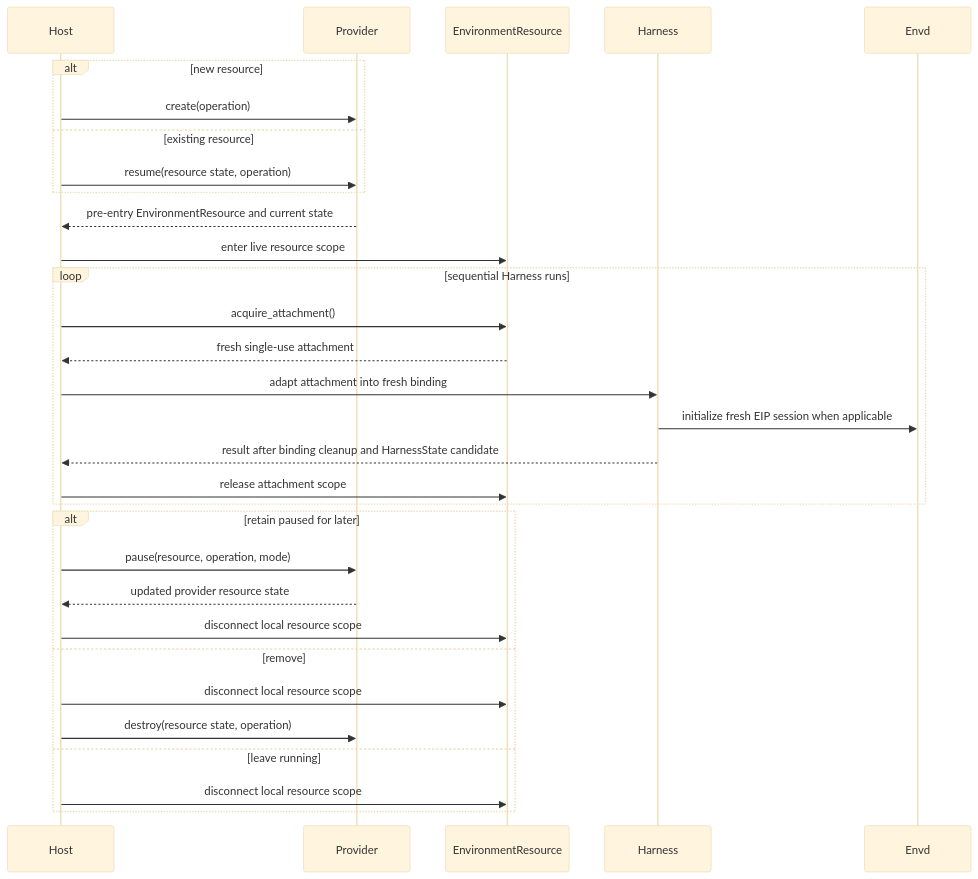
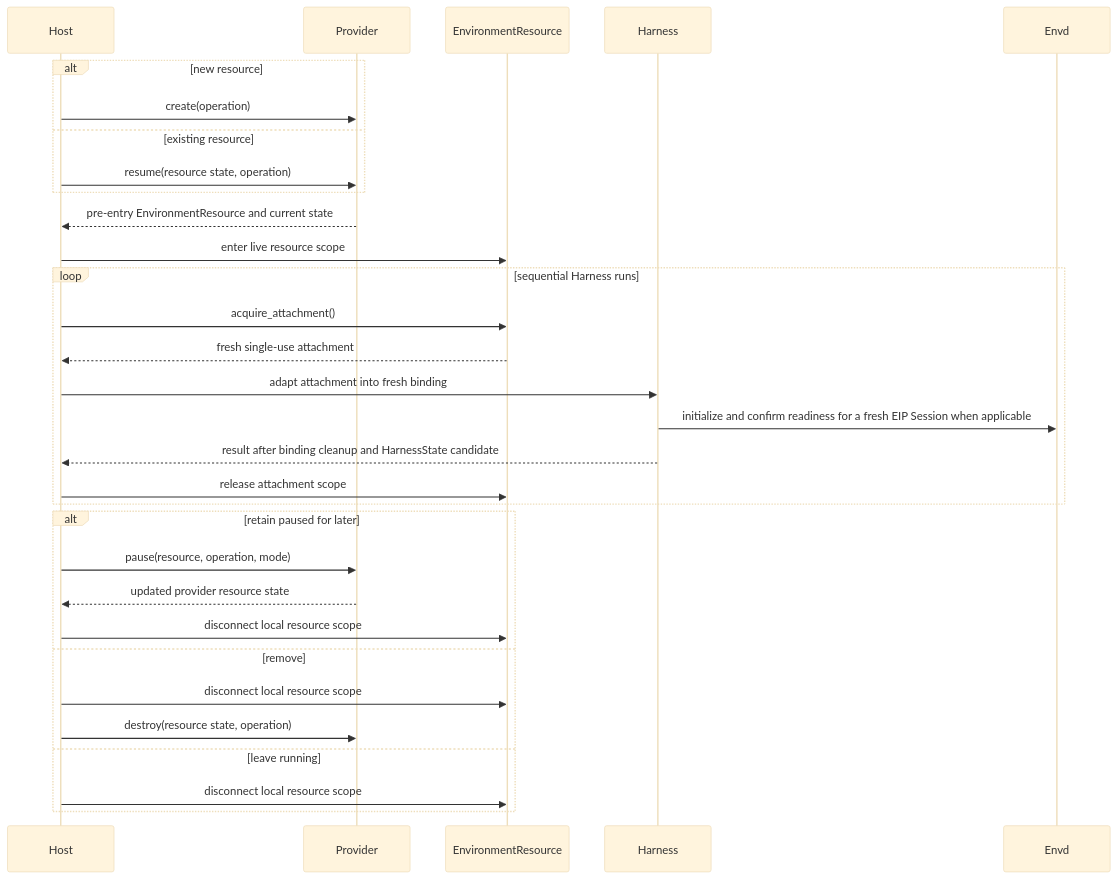
The diagram in spec/agent-environment-provider/02-resource-management-and-attachments.md (LTThreeComma/agent-foundation), drawn with Mermaid (base theme) before and after one commit. The commit also changed other lines of this file and 158 other files, not shown here.

````diff
--- a/spec/agent-environment-provider/02-resource-management-and-attachments.md
+++ b/spec/agent-environment-provider/02-resource-management-and-attachments.md
@@ -373,34 +373,34 @@
 ```mermaid
 sequenceDiagram
     participant Host
     participant Provider
     participant Resource as EnvironmentResource
     participant Harness
     participant Envd
 
     alt new resource
         Host->>Provider: create(operation)
     else existing resource
         Host->>Provider: resume(resource state, operation)
     end
     Provider-->>Host: pre-entry EnvironmentResource and current state
     Host->>Resource: enter live resource scope
     loop sequential Harness runs
         Host->>Resource: acquire_attachment()
         Resource-->>Host: fresh single-use attachment
         Host->>Harness: adapt attachment into fresh binding
-        Harness->>Envd: initialize fresh EIP session when applicable
+        Harness->>Envd: initialize and confirm readiness for a fresh EIP Session when applicable
         Harness-->>Host: result after binding cleanup and HarnessState candidate
         Host->>Resource: release attachment scope
     end
     alt retain paused for later
         Host->>Provider: pause(resource, operation, mode)
         Provider-->>Host: updated provider resource state
         Host->>Resource: disconnect local resource scope
     else remove
         Host->>Resource: disconnect local resource scope
         Host->>Provider: destroy(resource state, operation)
     else leave running
         Host->>Resource: disconnect local resource scope
     end
 ```
````
